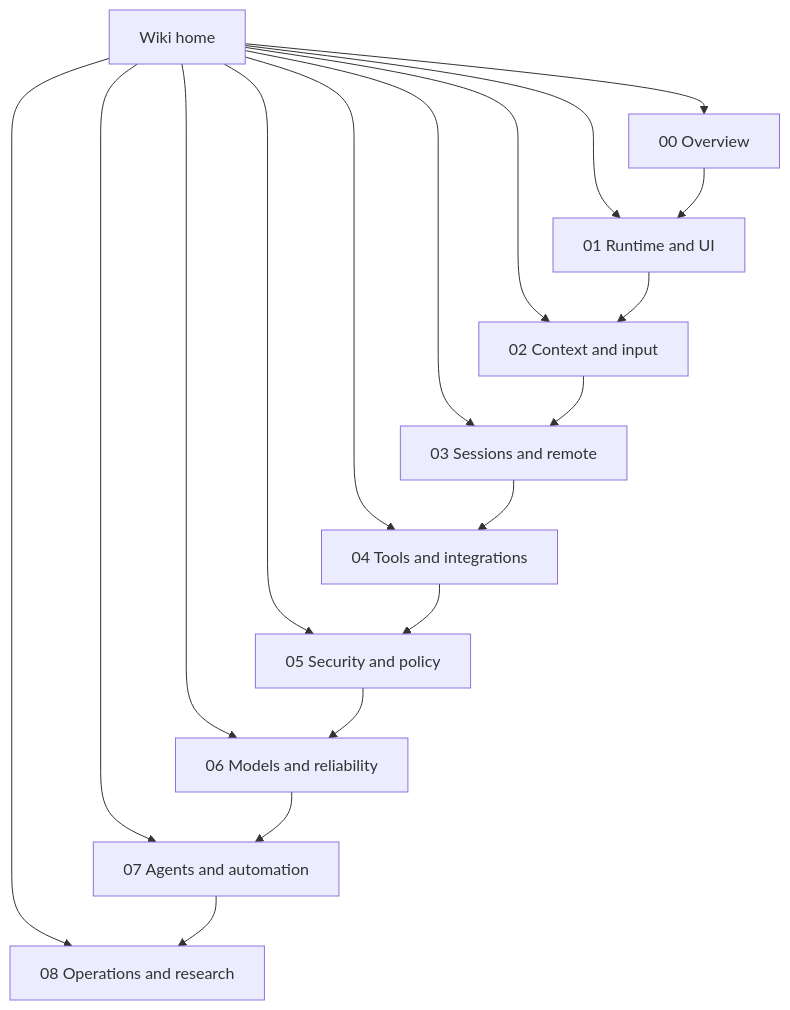
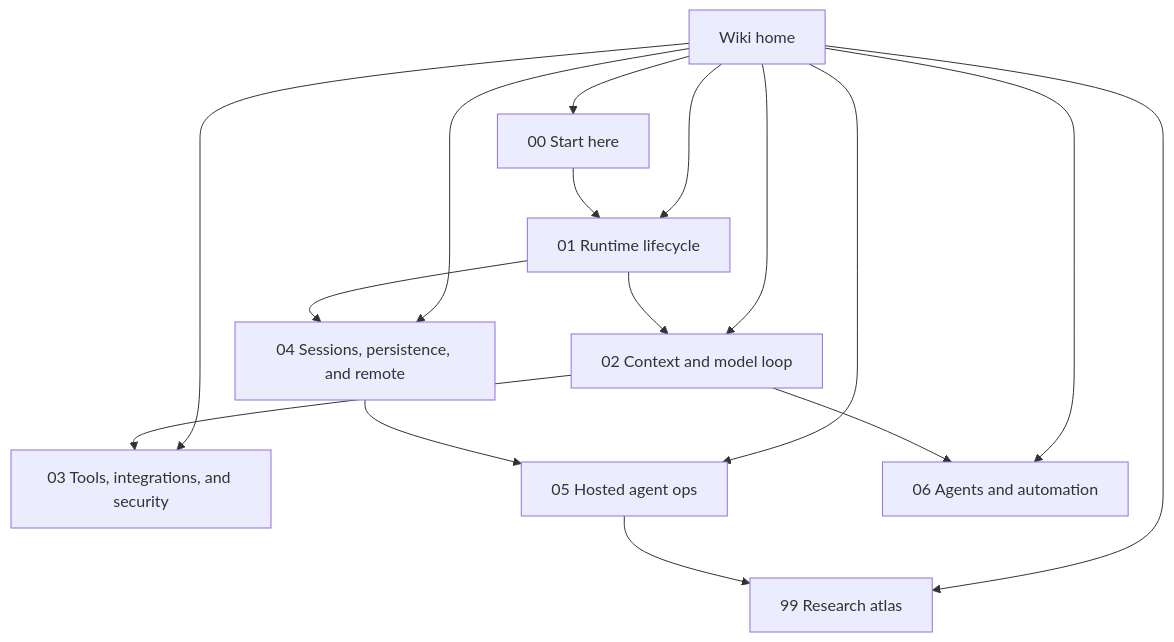
One commit to vibewatch/copilot-cli-internals changed the diagram in docs/README.md. Above: the diagram before and after it, drawn with Mermaid. The commit also changed other lines of this file and 142 other files, not shown here.

First line of the commit message:
Add research atlas documentation and source atlas for app.js

````diff
--- a/docs/README.md
+++ b/docs/README.md
@@ -23,32 +23,29 @@
 ```mermaid
 flowchart TD
-    Home[Wiki home] --> O[00 Overview]
-    Home --> R[01 Runtime and UI]
-    Home --> C[02 Context and input]
-    Home --> S[03 Sessions and remote]
-    Home --> T[04 Tools and integrations]
-    Home --> P[05 Security and policy]
-    Home --> M[06 Models and reliability]
-    Home --> A[07 Agents and automation]
-    Home --> Ops[08 Operations and research]
+    Home[Wiki home] --> Start[00 Start here]
+    Home --> Runtime[01 Runtime lifecycle]
+    Home --> Loop[02 Context and model loop]
+    Home --> Tools[03 Tools, integrations, and security]
+    Home --> Sessions[04 Sessions, persistence, and remote]
+    Home --> Hosted[05 Hosted agent ops]
+    Home --> Agents[06 Agents and automation]
+    Home --> Research[99 Research atlas]
 
-    O --> R
-    R --> C
-    C --> S
-    S --> T
-    T --> P
-    P --> M
-    M --> A
-    A --> Ops
+    Start --> Runtime
+    Runtime --> Loop
+    Loop --> Tools
+    Runtime --> Sessions
+    Sessions --> Hosted
+    Loop --> Agents
+    Hosted --> Research
 
     click Home "./" "Open wiki home"
-    click O "./00-overview/" "Open Overview"
-    click R "./01-runtime-and-ui/" "Open Runtime and UI"
-    click C "./02-context-and-input/" "Open Context and input"
-    click S "./03-sessions-and-remote/" "Open Sessions and remote"
-    click T "./04-tools-and-integrations/" "Open Tools and integrations"
-    click P "./05-security-and-policy/" "Open Security and policy"
-    click M "./06-models-and-reliability/" "Open Models and reliability"
-    click A "./07-agents-and-automation/" "Open Agents and automation"
-    click Ops "./08-operations-and-research/" "Open Operations and research"
+    click Start "./00-start-here/" "Open Start here"
+    click Runtime "./01-runtime-lifecycle/" "Open Runtime lifecycle"
+    click Loop "./02-context-model-loop/" "Open Context and model loop"
+    click Tools "./03-tools-integrations-security/" "Open Tools, integrations, and security"
+    click Sessions "./04-sessions-persistence-remote/" "Open Sessions, persistence, and remote"
+    click Hosted "./05-hosted-agent-ops/" "Open Hosted agent ops"
+    click Agents "./06-agents-automation/" "Open Agents and automation"
+    click Research "./99-research-atlas/" "Open Research atlas"
 ```
````
